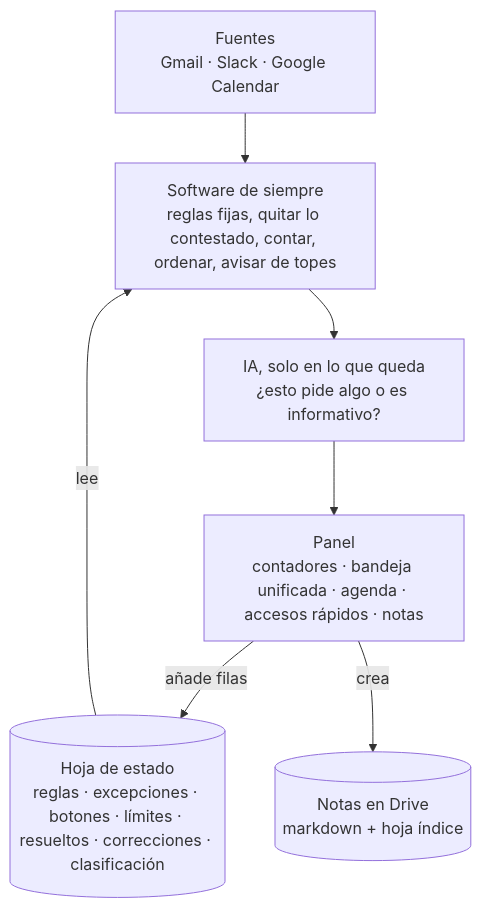
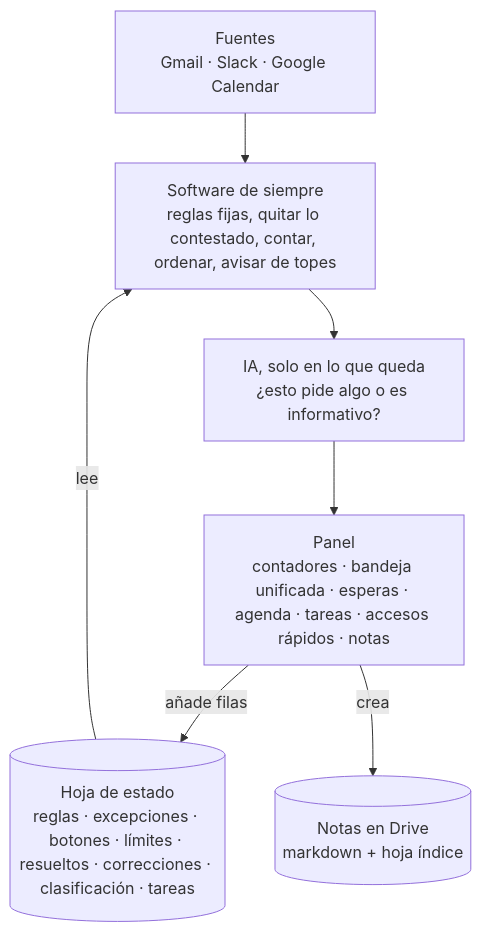
One commit to carmenhat/panel-de-pendientes changed the diagram in docs/COMO_FUNCIONA.md. Above: the diagram before and after it, drawn with Mermaid. The commit also changed other lines of this file and 8 other files, not shown here.

````diff
--- a/docs/COMO_FUNCIONA.md
+++ b/docs/COMO_FUNCIONA.md
@@ -9,9 +9,9 @@
 ```mermaid
 flowchart TD
   F["Fuentes<br/>Gmail · Slack · Google Calendar"] --> S["Software de siempre<br/>reglas fijas, quitar lo contestado, contar, ordenar, avisar de topes"]
   S --> IA["IA, solo en lo que queda<br/>¿esto pide algo o es informativo?"]
-  IA --> P["Panel<br/>contadores · bandeja unificada · agenda · accesos rápidos · notas"]
-  H[("Hoja de estado<br/>reglas · excepciones · botones · límites · resueltos · correcciones · clasificación")] -- lee --> S
+  IA --> P["Panel<br/>contadores · bandeja unificada · esperas · agenda · tareas · accesos rápidos · notas"]
+  H[("Hoja de estado<br/>reglas · excepciones · botones · límites · resueltos · correcciones · clasificación · tareas")] -- lee --> S
   P -- añade filas --> H
   P -- crea --> N[("Notas en Drive<br/>markdown + hoja índice")]
 ```
````
